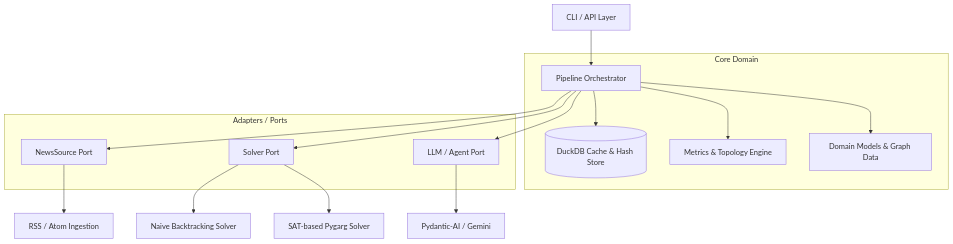
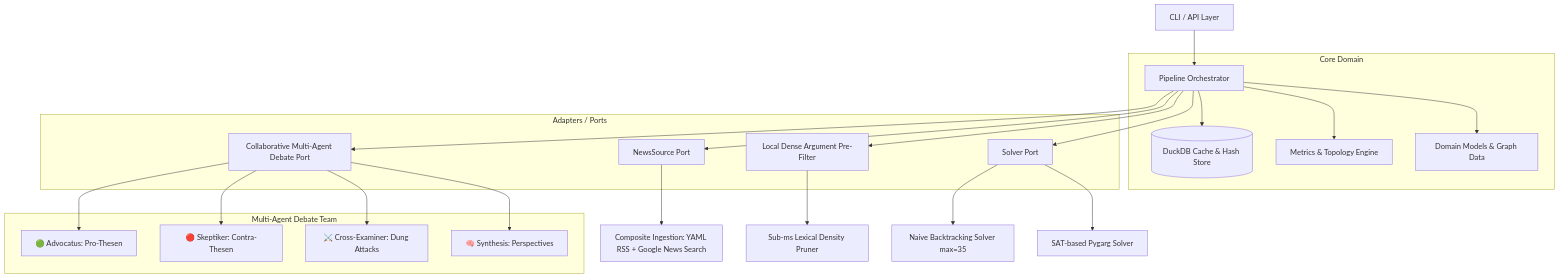
One commit to jsprado/clashpy changed the diagram in spec/system_specification.md. Above: the diagram before and after it, drawn with Mermaid. The commit also changed other lines of this file and 1 other file, not shown here.

Commit message:
docs: update system specification and README with multi-agent debate architecture and subtle status styling

````diff
--- a/spec/system_specification.md
+++ b/spec/system_specification.md
@@ -52,25 +55,30 @@
 ```mermaid
 graph TD
     CLI[CLI / API Layer] --> Pipeline[Pipeline Orchestrator]
     
     subgraph "Core Domain"
         Pipeline --> Cache[(DuckDB Cache & Hash Store)]
         Pipeline --> Metrics[Metrics & Topology Engine]
         Pipeline --> Models[Domain Models & Graph Data]
     end
     
     subgraph "Adapters / Ports"
         Pipeline --> NewsPort[NewsSource Port]
+        Pipeline --> PreFilter[Local Dense Argument Pre-Filter]
         Pipeline --> SolverPort[Solver Port]
-        Pipeline --> LLMPort[LLM / Agent Port]
+        Pipeline --> LLMPort[Collaborative Multi-Agent Debate Port]
     end
     
-    NewsPort --> RSSAdapter[RSS / Atom Ingestion]
-    SolverPort --> NaiveSolver[Naive Backtracking Solver]
+    NewsPort --> CompositeAdapter[Composite Ingestion: YAML RSS + Google News Search]
+    PreFilter --> DenseFilter[Sub-ms Lexical Density Pruner]
+    
+    subgraph "Multi-Agent Debate Team"
+        LLMPort --> AdvocatusAgent[🟢 Advocatus: Pro-Thesen]
+        LLMPort --> SkeptikerAgent[🔴 Skeptiker: Contra-Thesen]
+        LLMPort --> CrossExaminer[⚔️ Cross-Examiner: Dung Attacks]
+        LLMPort --> SynthesisAgent[🧠 Synthesis: Perspectives]
+    end
+    
+    SolverPort --> NaiveSolver[Naive Backtracking Solver max=35]
     SolverPort --> PygargSolver[SAT-based Pygarg Solver]
-    LLMPort --> PydanticAI[Pydantic-AI / Gemini]
-    
-    %% EXTENSION POINTS:
-    %% NewsPort -.-> WebSearchAdapter[Tavily / Google News / API]
-    %% SolverPort -.-> AspartixSolver[ASP Solver]
 ```
````
